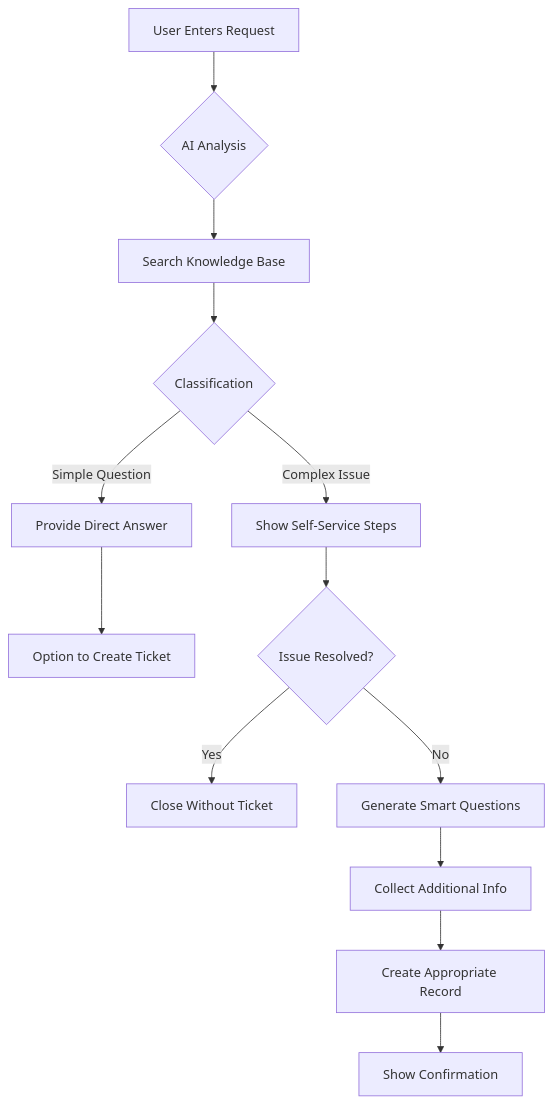
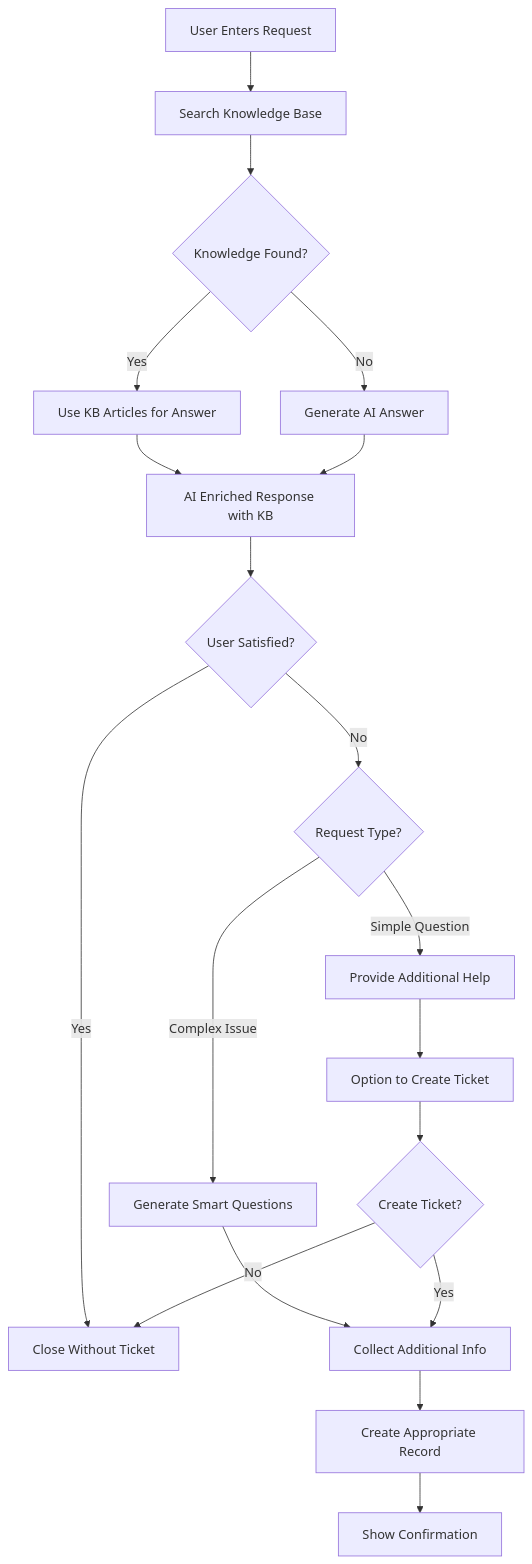
The diagram in README.md (groeimetai/servicenow-ai-universal-request-widget), drawn with Mermaid before and after one commit. The commit also changed other lines of this file and 2 other files, not shown here.

Commit message:
Updated documentation: Fixed request flow and removed REST Message requirement
Changes:
- Corrected Request Flow diagram: KB search happens FIRST, then AI uses KB results
- Removed REST Message configuration (widget has OpenAI integration built-in)
- Simplified installation steps from 7 to 6 steps
- Widget is fully self-contained with all API integration code

````diff
--- a/README.md
+++ b/README.md
@@ -129,15 +104,21 @@
 ```mermaid
 graph TD
-    A[User Enters Request] --> B{AI Analysis}
-    B --> C[Search Knowledge Base]
-    C --> D{Classification}
-    D -->|Simple Question| E[Provide Direct Answer]
-    D -->|Complex Issue| F[Show Self-Service Steps]
-    E --> G[Option to Create Ticket]
-    F --> H{Issue Resolved?}
-    H -->|Yes| I[Close Without Ticket]
-    H -->|No| J[Generate Smart Questions]
-    J --> K[Collect Additional Info]
-    K --> L[Create Appropriate Record]
-    L --> M[Show Confirmation]
+    A[User Enters Request] --> B[Search Knowledge Base]
+    B --> C{Knowledge Found?}
+    C -->|Yes| D[Use KB Articles for Answer]
+    C -->|No| E[Generate AI Answer]
+    D --> F[AI Enriched Response with KB]
+    E --> F
+    F --> G{User Satisfied?}
+    G -->|Yes| H[Close Without Ticket]
+    G -->|No| I{Request Type?}
+    I -->|Simple Question| J[Provide Additional Help]
+    I -->|Complex Issue| K[Generate Smart Questions]
+    J --> L[Option to Create Ticket]
+    K --> M[Collect Additional Info]
+    M --> N[Create Appropriate Record]
+    N --> O[Show Confirmation]
+    L --> P{Create Ticket?}
+    P -->|Yes| M
+    P -->|No| H
 ```
````
